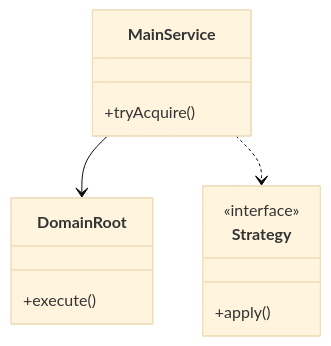
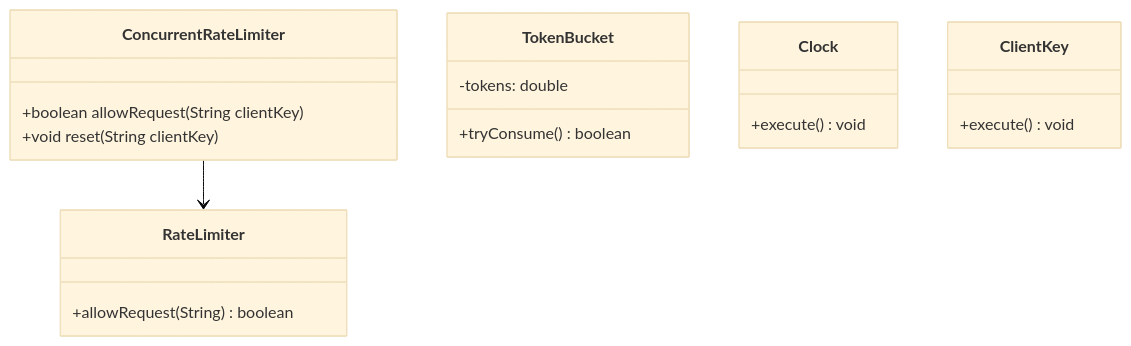
One commit to madhupaila/Interview-Prep-SSE changed the first of 3 diagrams in Learn/System Design - Low Level Design/04-concurrency-lld/questions/Q08-rate-limiter-concurrent.md. Above: the diagram before and after it, drawn with Mermaid (base theme). The commit also changed other lines of this file and 491 other files, not shown here.

````diff
--- a/Learn/System Design - Low Level Design/04-concurrency-lld/questions/Q08-rate-limiter-concurrent.md
+++ b/Learn/System Design - Low Level Design/04-concurrency-lld/questions/Q08-rate-limiter-concurrent.md
@@ -72,15 +93,21 @@
 ```mermaid
 classDiagram
-    class MainService {
-        +tryAcquire()
+    class ConcurrentRateLimiter {
+        +boolean allowRequest(String clientKey)
+        +void reset(String clientKey)
     }
-    class DomainRoot {
-        +execute()
+    class RateLimiter {
+        +allowRequest(String) boolean
     }
-    class Strategy {
-        <<interface>>
-        +apply()
+    class TokenBucket {
+        -tokens: double
+        +tryConsume() boolean
     }
-    MainService --> DomainRoot
-    MainService ..> Strategy
+    class Clock {
+        +execute() void
+    }
+    class ClientKey {
+        +execute() void
+    }
+    ConcurrentRateLimiter --> RateLimiter
 ```
````
